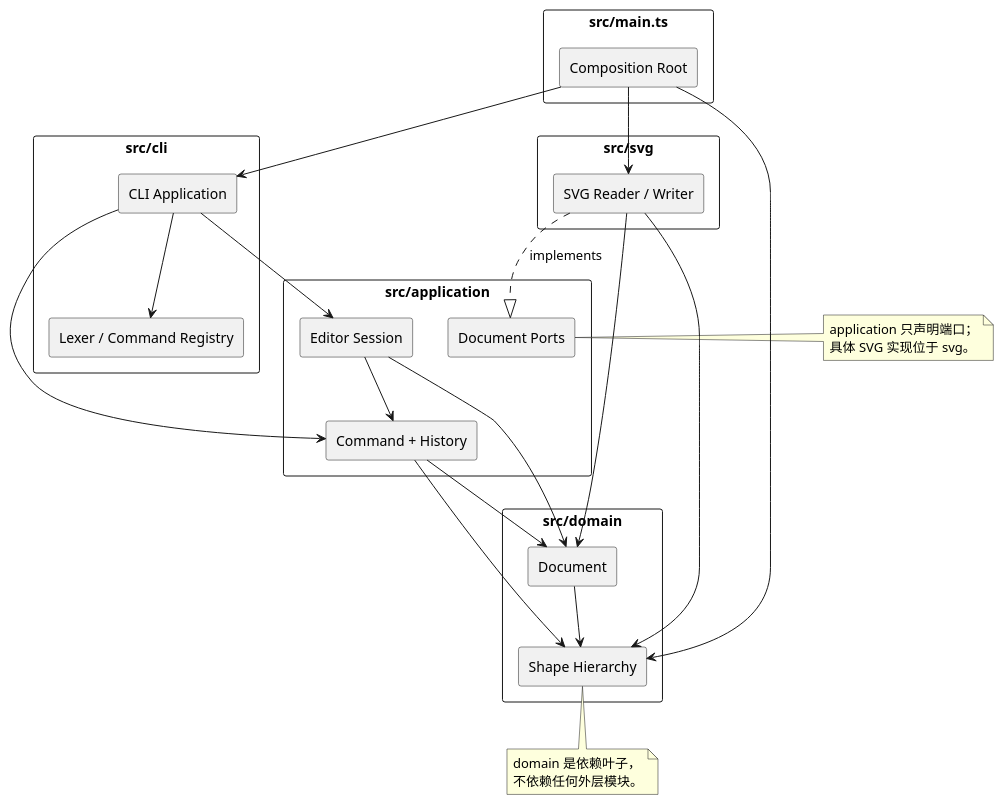
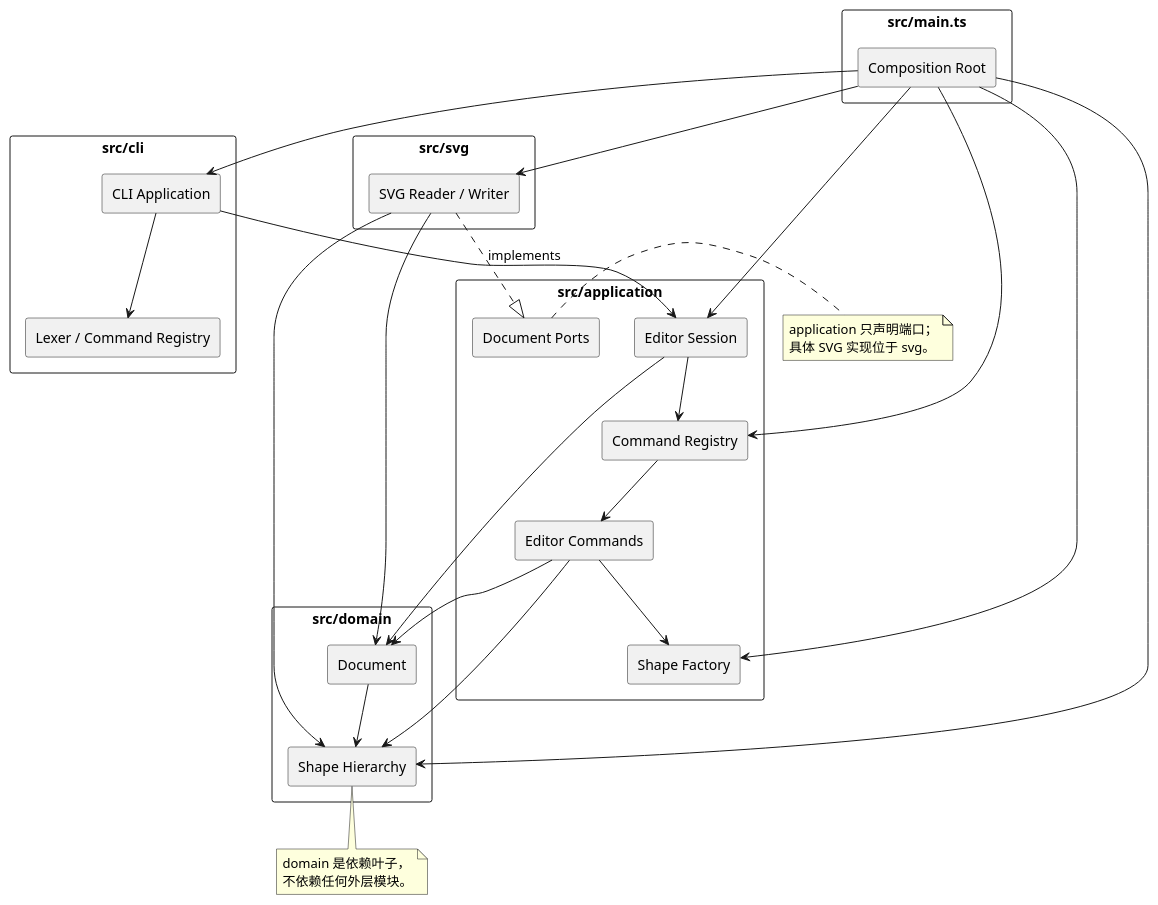
Before and after one commit to sensir233/-SVG-CLI-Editor: the diagram in doc/README.md, drawn with PlantUML. The commit also changed other lines of this file and 41 other files, not shown here.

Commit message:
feat(cli): implement REPL and basic editing commands

````diff
--- a/doc/README.md
+++ b/doc/README.md
@@ -79,54 +93,60 @@
 ```plantuml
 @startuml
 skinparam componentStyle rectangle
 skinparam packageStyle rectangle
 
 package "src/main.ts" {
   [Composition Root] as Main
 }
 
 package "src/cli" {
   [CLI Application] as Cli
   [Lexer / Command Registry] as Parser
 }
 
 package "src/application" {
   [Editor Session] as Session
-  [Command + History] as Commands
+  [Editor Commands] as Commands
+  [Command Registry] as Registry
+  [Shape Factory] as Factory
   [Document Ports] as Ports
 }
 
 package "src/svg" {
   [SVG Reader / Writer] as Svg
 }
 
 package "src/domain" {
   [Document] as Document
   [Shape Hierarchy] as Shapes
 }
 
 Main --> Cli
+Main --> Session
+Main --> Registry
+Main --> Factory
 Main --> Svg
 Main --> Shapes
 Cli --> Session
-Cli --> Commands
 Cli --> Parser
-Session --> Commands
+Session --> Registry
+Registry --> Commands
+Commands --> Factory
 Session --> Document
 Commands --> Document
 Commands --> Shapes
 Svg ..|> Ports : implements
 Svg --> Document
 Svg --> Shapes
 Document --> Shapes
 
 note right of Ports
   application 只声明端口；
   具体 SVG 实现位于 svg。
 end note
 note bottom of Shapes
   domain 是依赖叶子，
   不依赖任何外层模块。
 end note
 @enduml
 ```
````
